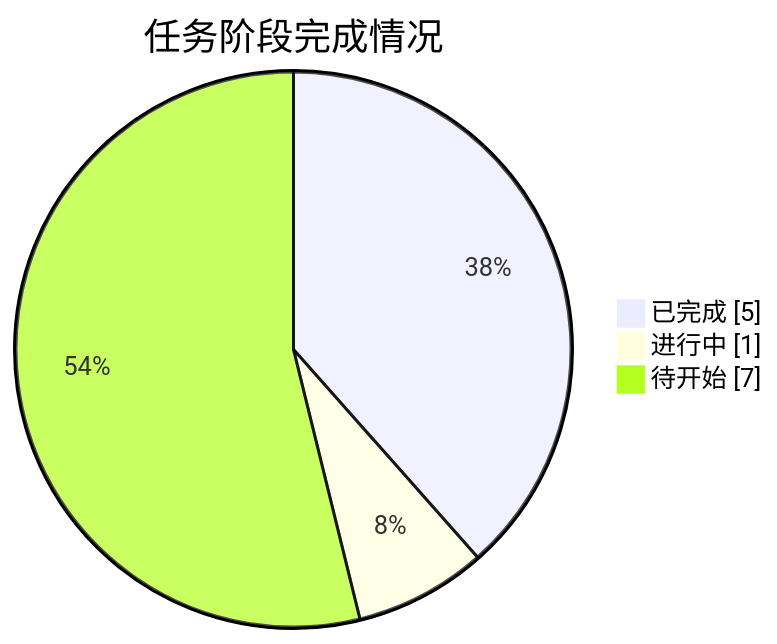
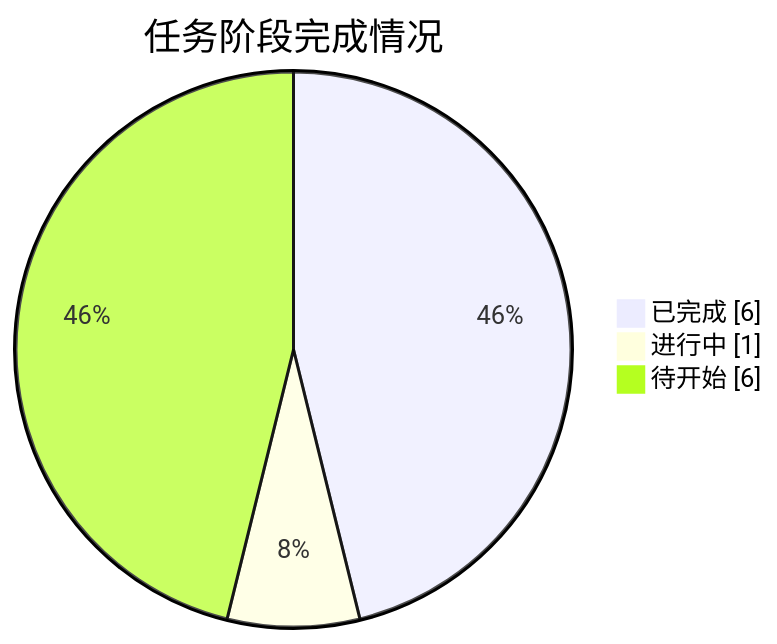
The diagram in README.md (J-met77/AAW-mathorcup-2025-B-1), drawn with Mermaid before and after one commit. The commit also changed other lines of this file and 20 other files, not shown here.

````diff
--- a/README.md
+++ b/README.md
@@ -27,7 +27,7 @@
 ```mermaid
 pie showData
     title 任务阶段完成情况
-    "已完成" : 5
+    "已完成" : 6
     "进行中" : 1
-    "待开始" : 7
+    "待开始" : 6
 ```
````
